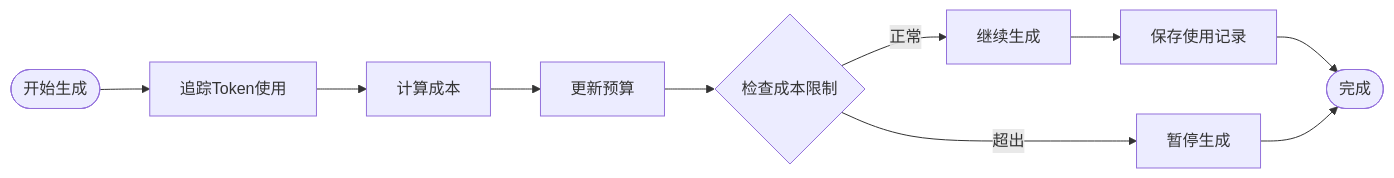
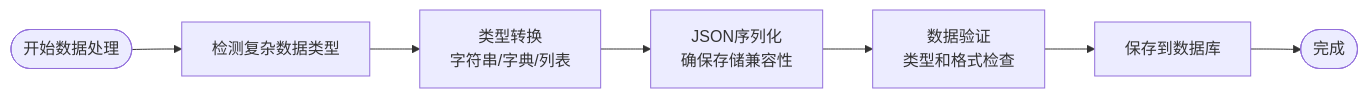
Before and after one commit to xfbyxq/ai-novel-system: the tenth of 10 diagrams in .qoder/repowiki/zh/content/Generation Service.md, drawn with Mermaid. The commit also changed other lines of this file and 10 other files, not shown here.

````diff
--- a/.qoder/repowiki/zh/content/Generation Service.md
+++ b/.qoder/repowiki/zh/content/Generation Service.md
@@ -363,12 +449,9 @@
 ```mermaid
 flowchart LR
-Start([开始生成]) --> TrackTokens["追踪Token使用"]
-TrackTokens --> CalculateCost["计算成本"]
-CalculateCost --> UpdateBudget["更新预算"]
-UpdateBudget --> CheckLimit{"检查成本限制"}
-CheckLimit --> |超出| Pause["暂停生成"]
-CheckLimit --> |正常| Continue["继续生成"]
-Continue --> SaveRecord["保存使用记录"]
-SaveRecord --> End([完成])
-Pause --> End
+Start([开始数据处理]) --> DetectComplex["检测复杂数据类型"]
+DetectComplex --> TypeConvert["类型转换<br/>字符串/字典/列表"]
+TypeConvert --> JSONSerialize["JSON序列化<br/>确保存储兼容性"]
+JSONSerialize --> ValidateData["数据验证<br/>类型和格式检查"]
+ValidateData --> SaveToDB["保存到数据库"]
+SaveToDB --> End([完成])
 ```
````
